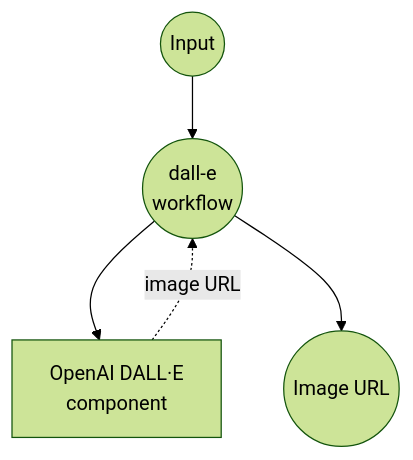
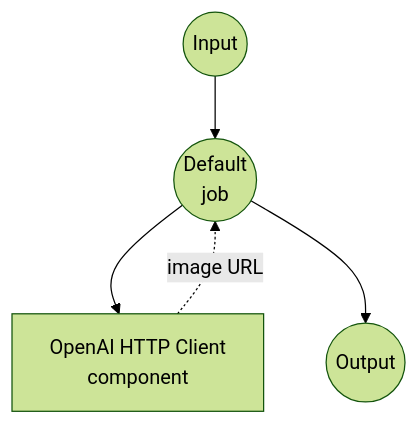
The first of 2 diagrams in examples/openai-image-generations/README.md (hanyeol/model-compose), drawn with Mermaid (forest theme) before and after one commit. The commit also changed other lines of this file and 30 other files, not shown here.

````diff
--- a/examples/openai-image-generations/README.md
+++ b/examples/openai-image-generations/README.md
@@ -115,16 +115,16 @@
 ```mermaid
 graph TD
     %% Default job (implicit)
-    J1((dall-e<br/>workflow))
+    J1((Default<br/>job))
 
     %% Component
-    C1[OpenAI DALL·E<br/>component]
+    C1[OpenAI HTTP Client<br/>component]
 
     %% Job to component connections
     J1 --> C1
     C1 -.-> |image URL| J1
 
     %% Input/Output
     Input((Input)) --> J1
-    J1 --> Output((Image URL))
+    J1 --> Output((Output))
 ```
````
